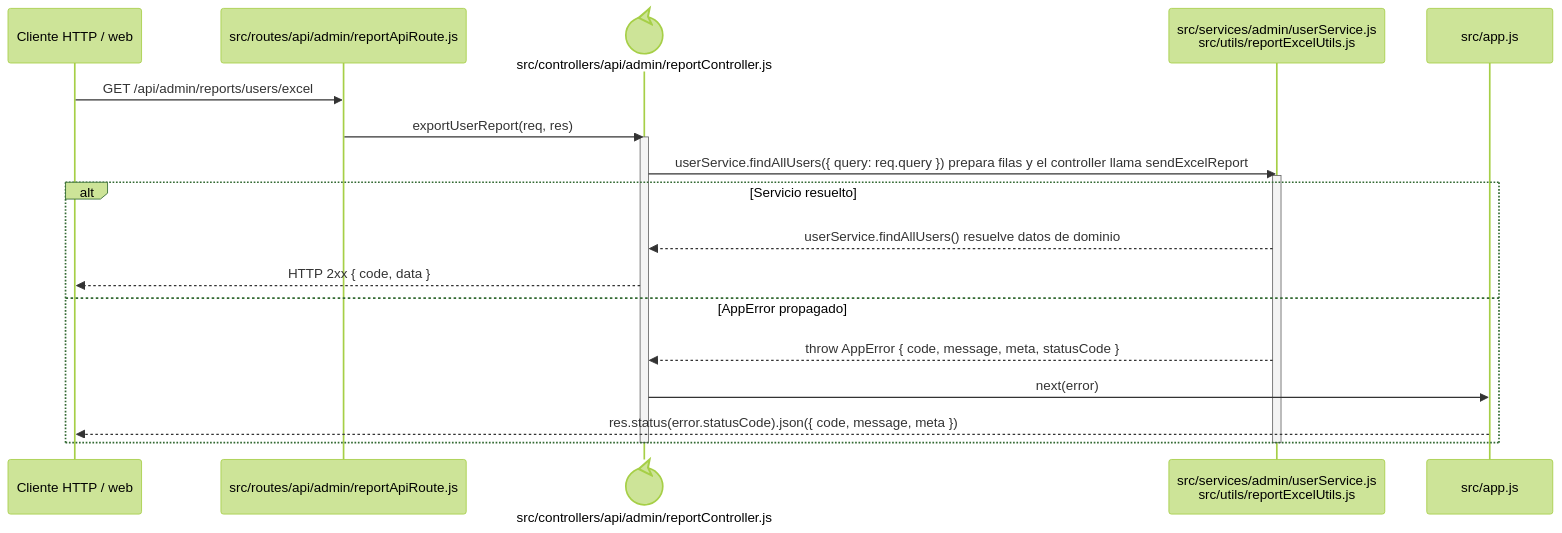
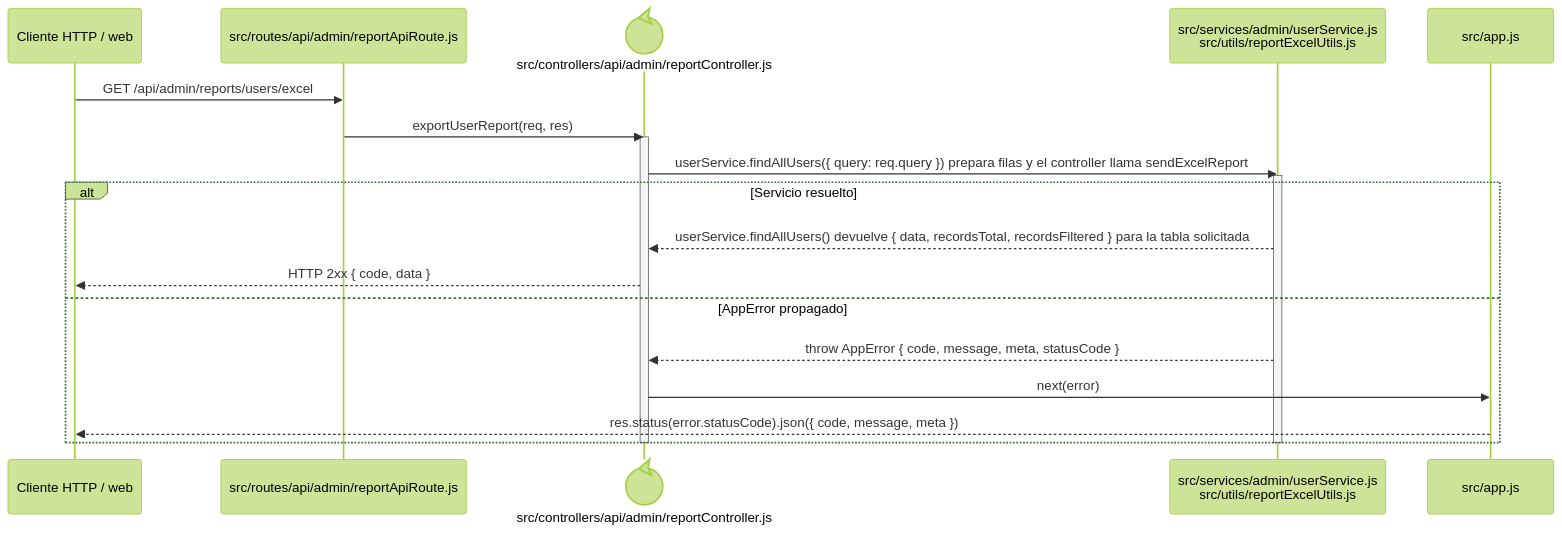
Before and after one commit to gpgsistemas01/nexus: the diagram in docs/architecture/backend-code-sequences/identity-access/cu-ida-09.md, drawn with Mermaid (forest theme). The commit also changed 102 other files, not shown here.

````diff
--- a/docs/architecture/backend-code-sequences/identity-access/cu-ida-09.md
+++ b/docs/architecture/backend-code-sequences/identity-access/cu-ida-09.md
@@ -6,24 +6,24 @@
 ```mermaid
 sequenceDiagram
     participant Client as Cliente HTTP / web
     participant Route as src/routes/api/admin/reportApiRoute.js
     participant Controller@{ "type": "control" } as src/controllers/api/admin/reportController.js
     participant Domain as src/services/admin/userService.js<br/>src/utils/reportExcelUtils.js
     participant ErrorHandler as src/app.js
 
     Client->>Route: GET /api/admin/reports/users/excel
     Route->>Controller: exportUserReport(req, res)
     activate Controller
     Controller->>Domain: userService.findAllUsers({ query: req.query }) prepara filas y el controller llama sendExcelReport
     activate Domain
     alt Servicio resuelto
-        Domain-->>Controller: userService.findAllUsers() resuelve datos de dominio
+        Domain-->>Controller: userService.findAllUsers() devuelve { data, recordsTotal, recordsFiltered } para la tabla solicitada
         Controller-->>Client: HTTP 2xx { code, data }
     else AppError propagado
         Domain-->>Controller: throw AppError { code, message, meta, statusCode }
         Controller->>ErrorHandler: next(error)
         ErrorHandler-->>Client: res.status(error.statusCode).json({ code, message, meta })
     end
     deactivate Domain
     deactivate Controller
 ```
````
